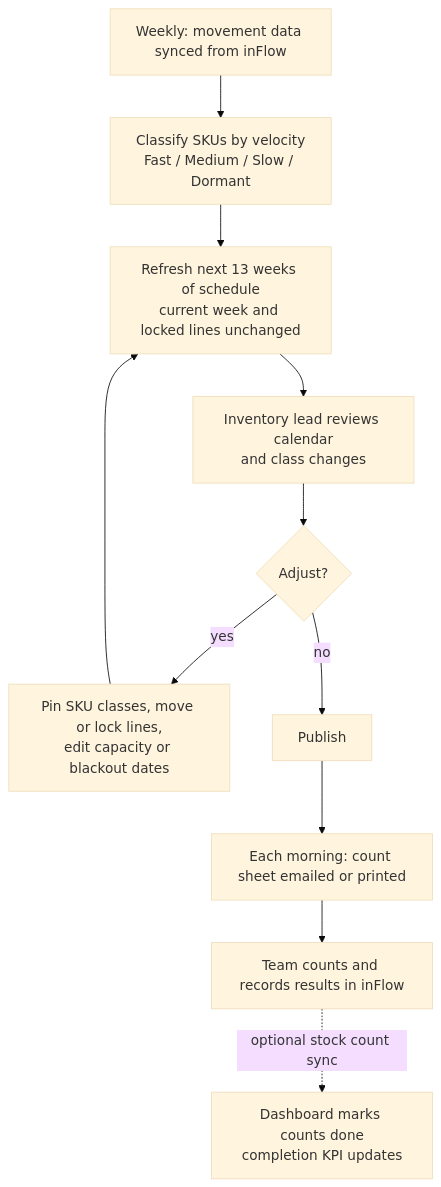
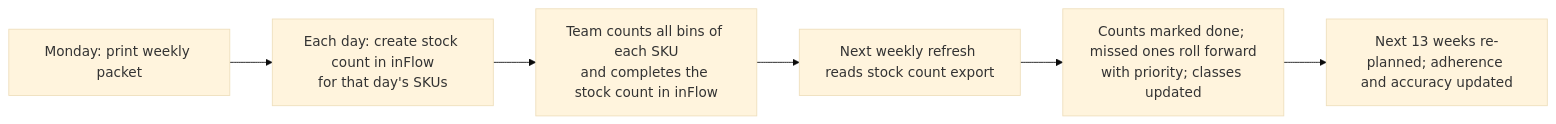
The seventh of 8 diagrams in docs/SYSTEM_DESIGN.md (mdonaldson-prog/Dashboard), drawn with Mermaid (base theme) before and after one commit. The commit also changed other lines of this file and 1 other file, not shown here.

First line of the commit message:
Redesign as a zero-maintenance single-file app fed by inFlow exports (v2)

````diff
--- a/docs/SYSTEM_DESIGN.md
+++ b/docs/SYSTEM_DESIGN.md
@@ -1024,12 +546,8 @@
 ```mermaid
-flowchart TD
-    A[Weekly: movement data synced from inFlow] --> B[Classify SKUs by velocity<br/>Fast / Medium / Slow / Dormant]
-    B --> C[Refresh next 13 weeks of schedule<br/>current week and locked lines unchanged]
-    C --> D[Inventory lead reviews calendar<br/>and class changes]
-    D --> E{Adjust?}
-    E -- yes --> F[Pin SKU classes, move or lock lines,<br/>edit capacity or blackout dates] --> C
-    E -- no --> G[Publish]
-    G --> H[Each morning: count sheet emailed or printed]
-    H --> I[Team counts and records results in inFlow]
-    I -. optional stock count sync .-> J[Dashboard marks counts done<br/>completion KPI updates]
+flowchart LR
+    A[Monday: print weekly packet] --> B[Each day: create stock count in inFlow<br/>for that day's SKUs]
+    B --> C[Team counts all bins of each SKU<br/>and completes the stock count in inFlow]
+    C --> D[Next weekly refresh reads stock count export]
+    D --> E[Counts marked done; missed ones roll forward<br/>with priority; classes updated]
+    E --> F[Next 13 weeks re-planned; adherence and accuracy updated]
 ```
````
